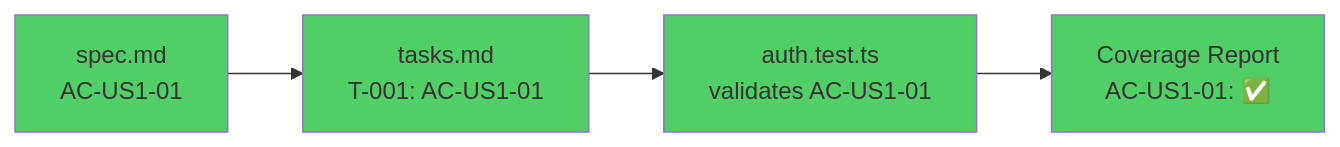
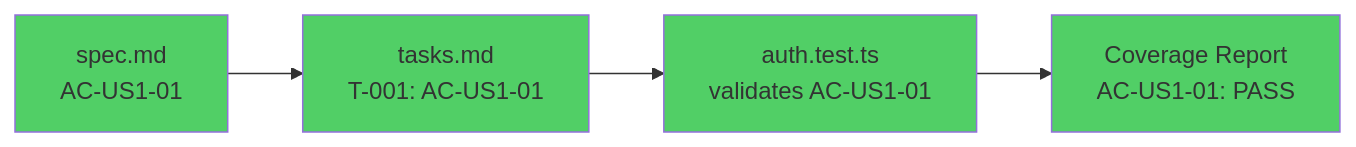
One commit to anton-abyzov/specweave changed the second of 3 diagrams in docs-site/docs/glossary/terms/ac-id.md. Above: the diagram before and after it, drawn with Mermaid. The commit also changed 23 other files, not shown here.

Commit message:
fix: repair 24 broken Mermaid diagrams — quote special chars, fix state/sequence syntax

````diff
--- a/docs-site/docs/glossary/terms/ac-id.md
+++ b/docs-site/docs/glossary/terms/ac-id.md
@@ -59,11 +59,11 @@
 ```mermaid
 graph LR
-    A[spec.md<br/>AC-US1-01] --> B[tasks.md<br/>T-001: AC-US1-01]
-    B --> C[auth.test.ts<br/>validates AC-US1-01]
-    C --> D[Coverage Report<br/>AC-US1-01: ✅]
+    A["spec.md<br/>AC-US1-01"] --> B["tasks.md<br/>T-001: AC-US1-01"]
+    B --> C["auth.test.ts<br/>validates AC-US1-01"]
+    C --> D["Coverage Report<br/>AC-US1-01: PASS"]
 
     style A fill:#51cf66
     style B fill:#51cf66
     style C fill:#51cf66
     style D fill:#51cf66
 ```
````
